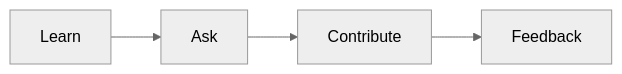
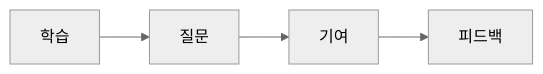
Before and after one commit to yeongseon-books/book-content: the diagram in content/developer-career-101/ko/07-first-job.md, drawn with Mermaid (neutral theme). The commit also changed other lines of this file and 9 other files, not shown here.

````diff
--- a/content/developer-career-101/ko/07-first-job.md
+++ b/content/developer-career-101/ko/07-first-job.md
@@ -33,6 +46,6 @@
 ```mermaid
 flowchart LR
-    L[Learn] --> A[Ask]
-    A --> C[Contribute]
-    C --> F[Feedback]
+    L[학습] --> A[질문]
+    A --> C[기여]
+    C --> F[피드백]
 ```
````
